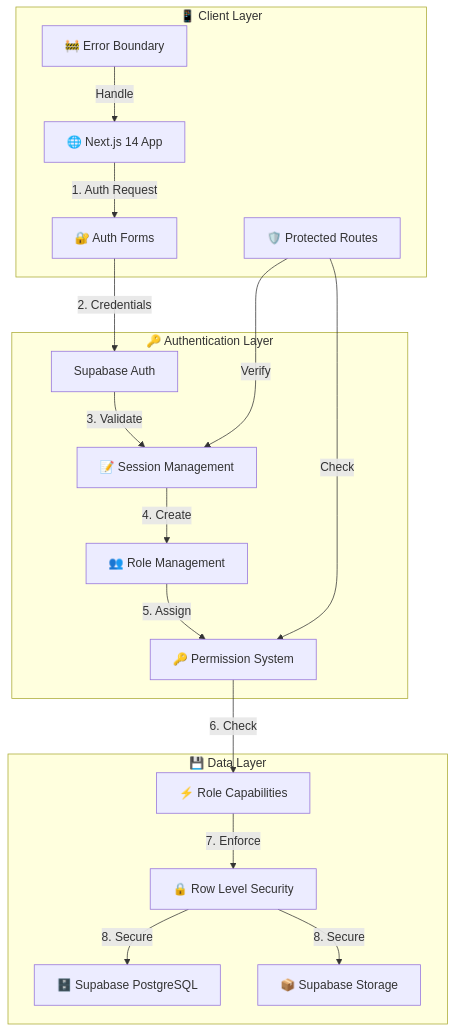
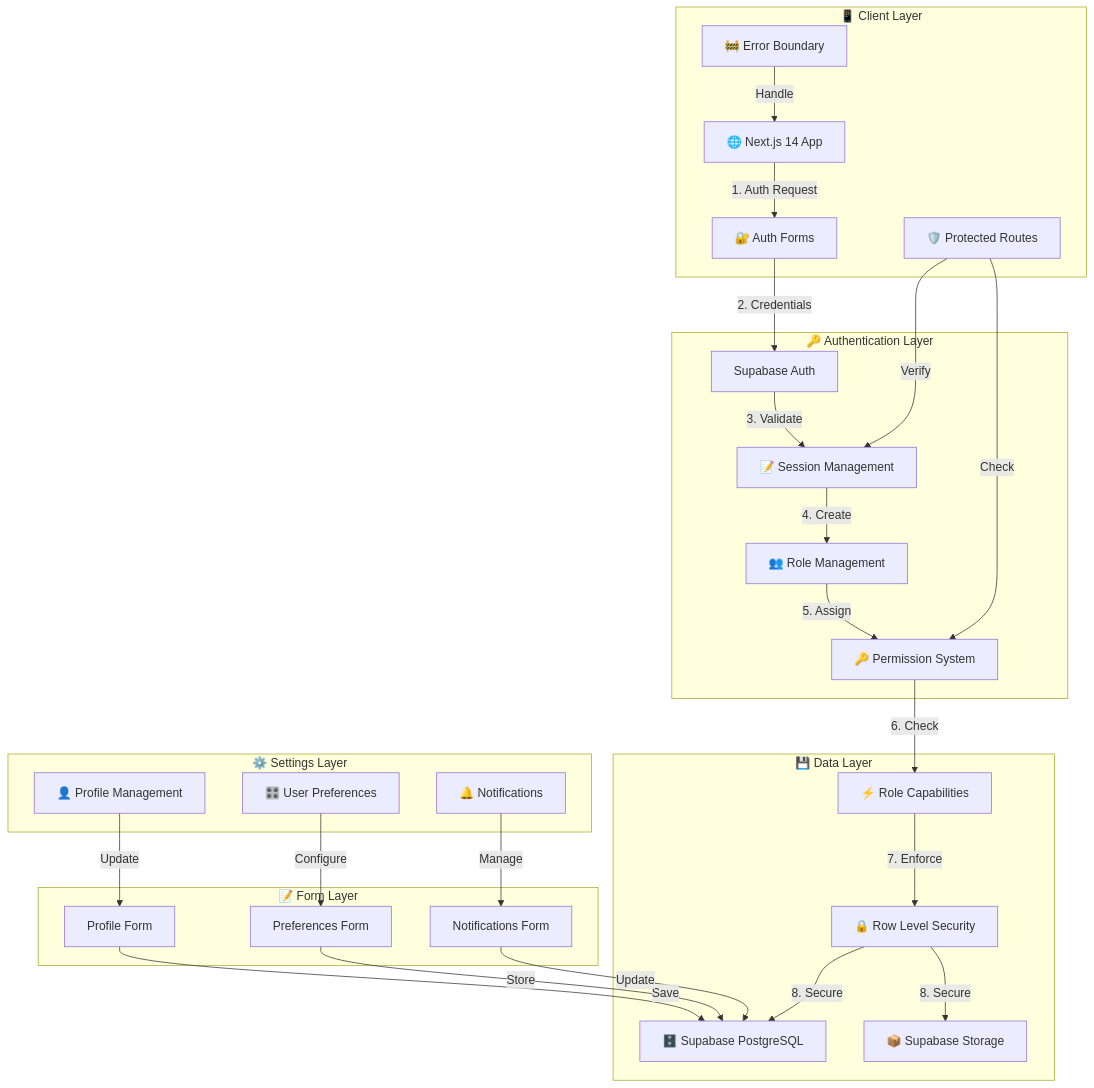
The first of 3 diagrams in docs/architecture/system_architecture_flowchart.md (mrj0nesmtl/cloud-burst), drawn with Mermaid before and after one commit. The commit also changed other lines of this file and 63 other files, not shown here.

````diff
--- a/docs/architecture/system_architecture_flowchart.md
+++ b/docs/architecture/system_architecture_flowchart.md
@@ -8,37 +8,57 @@
 ```mermaid
 flowchart TD
     subgraph Client[📱 Client Layer]
         WebApp[🌐 Next.js 14 App]
         AuthForms[🔐 Auth Forms]
         Protected[🛡️ Protected Routes]
         ErrorBoundary[🚧 Error Boundary]
     end
 
     subgraph Auth[🔑 Authentication Layer]
         SupaAuth[Supabase Auth]
         Session[📝 Session Management]
         Roles[👥 Role Management]
         Permissions[🔑 Permission System]
     end
 
     subgraph Data[💾 Data Layer]
         Database[🗄️ Supabase PostgreSQL]
         Storage[📦 Supabase Storage]
         RLS[🔒 Row Level Security]
         Capabilities[⚡ Role Capabilities]
     end
 
+    subgraph Settings[⚙️ Settings Layer]
+        Profile[👤 Profile Management]
+        Prefs[🎛️ User Preferences]
+        Notifs[🔔 Notifications]
+    end
+
+    subgraph Forms[📝 Form Layer]
+        ProfileForm[Profile Form]
+        PrefsForm[Preferences Form]
+        NotifsForm[Notifications Form]
+    end
+
     WebApp -->|1. Auth Request| AuthForms
     AuthForms -->|2. Credentials| SupaAuth
     SupaAuth -->|3. Validate| Session
     Session -->|4. Create| Roles
     Roles -->|5. Assign| Permissions
     Permissions -->|6. Check| Capabilities
     Capabilities -->|7. Enforce| RLS
     RLS -->|8. Secure| Database
     RLS -->|8. Secure| Storage
     
     Protected -->|Verify| Session
     Protected -->|Check| Permissions
     ErrorBoundary -->|Handle| WebApp
+
+    Profile -->|Update| ProfileForm
+    Prefs -->|Configure| PrefsForm
+    Notifs -->|Manage| NotifsForm
+
+    ProfileForm -->|Save| Database
+    PrefsForm -->|Store| Database
+    NotifsForm -->|Update| Database
 ```
````
